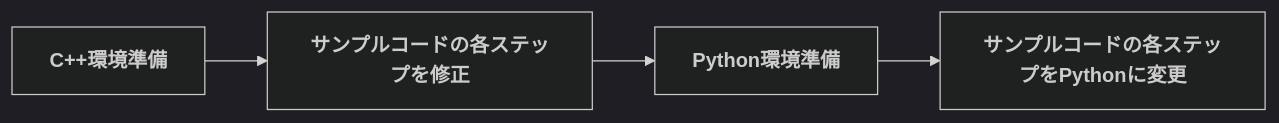
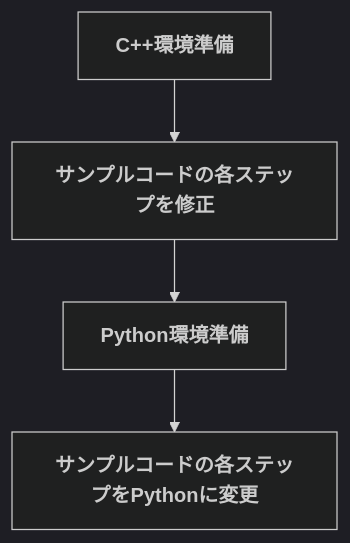
Before and after one commit to kantas-spike/glfw3sample: the diagram in README.md, drawn with Mermaid (dark theme). The commit also changed other lines of this file, not shown here.

````diff
--- a/README.md
+++ b/README.md
@@ -29,8 +29,8 @@
 ```mermaid
-flowchart LR
+flowchart TD
     f0["`**C++環境準備**`"]
     f1["`**サンプルコードの各ステップを修正**`"]
     f2["`**Python環境準備**`"]
     f3["`**サンプルコードの各ステップをPythonに変更**`"]
     f0-->f1-->f2-->f3
 ```
````
